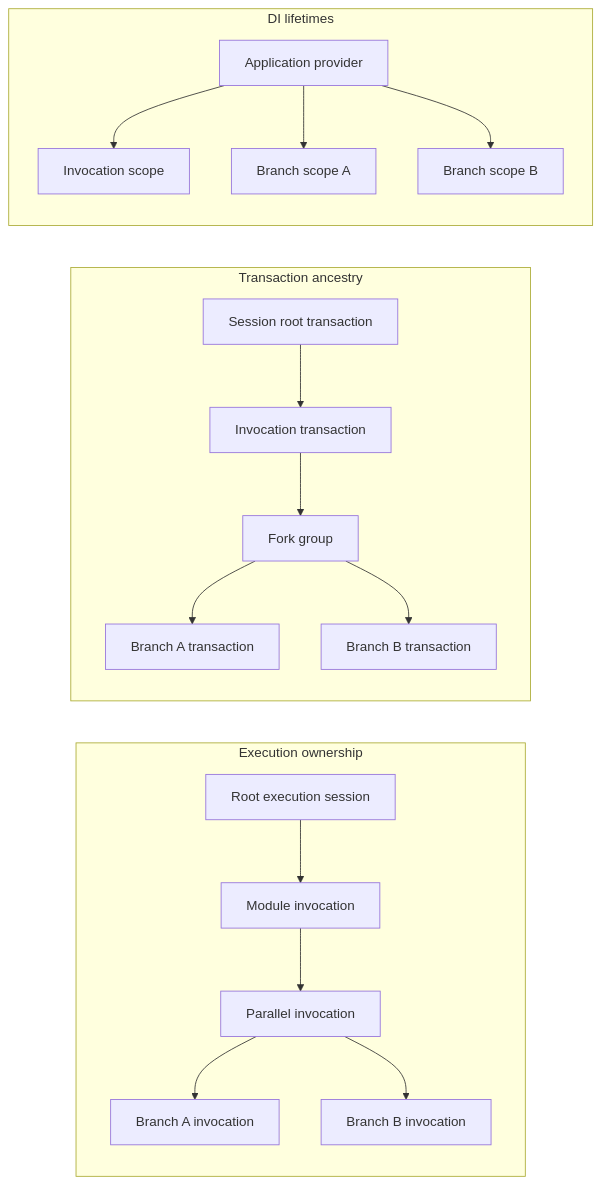
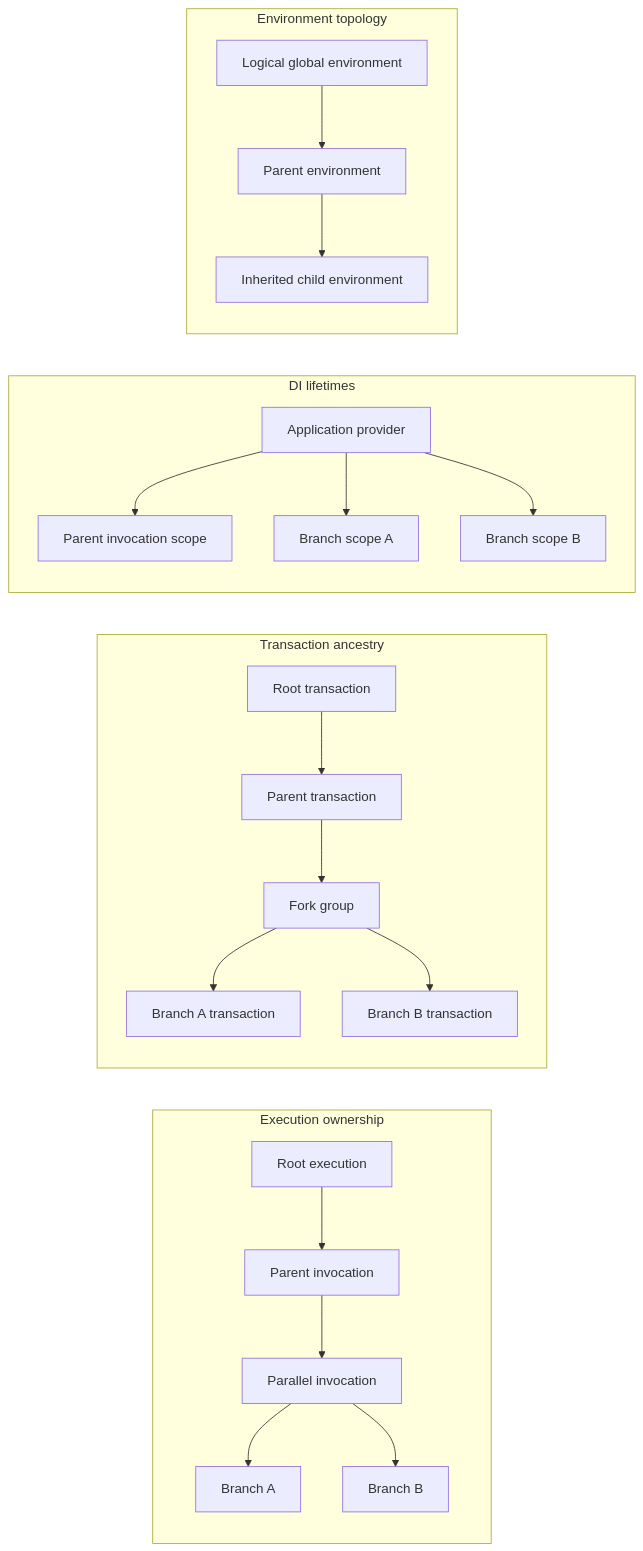
The first of 2 diagrams in docs/architecture/transactions.md (frederik-hoeft/cyborg), drawn with Mermaid before and after one commit. The commit also changed other lines of this file and 12 other files, not shown here.

````diff
--- a/docs/architecture/transactions.md
+++ b/docs/architecture/transactions.md
@@ -28,36 +18,41 @@
 ```mermaid
 flowchart LR
     subgraph Execution[Execution ownership]
-        Session[Root execution session]
-        Invocation[Module invocation]
-        ParallelInvocation[Parallel invocation]
-        BranchA[Branch A invocation]
-        BranchB[Branch B invocation]
-        Session --> Invocation
-        Invocation --> ParallelInvocation
-        ParallelInvocation --> BranchA
-        ParallelInvocation --> BranchB
+        RootExec[Root execution]
+        ParentExec[Parent invocation]
+        ParallelExec[Parallel invocation]
+        BranchA[Branch A]
+        BranchB[Branch B]
+        RootExec --> ParentExec --> ParallelExec
+        ParallelExec --> BranchA
+        ParallelExec --> BranchB
     end
 
     subgraph Transactions[Transaction ancestry]
-        RootTx[Session root transaction]
-        InvocationTx[Invocation transaction]
+        RootTx[Root transaction]
+        ParentTx[Parent transaction]
         Fork[Fork group]
         BranchTxA[Branch A transaction]
         BranchTxB[Branch B transaction]
-        RootTx --> InvocationTx
-        InvocationTx --> Fork
+        RootTx --> ParentTx --> Fork
         Fork --> BranchTxA
         Fork --> BranchTxB
     end
 
-    subgraph Scopes[DI lifetimes]
+    subgraph DI[DI lifetimes]
         Provider[Application provider]
-        ScopeRoot[Invocation scope]
-        ScopeA[Branch scope A]
-        ScopeB[Branch scope B]
-        Provider --> ScopeRoot
-        Provider --> ScopeA
-        Provider --> ScopeB
+        ParentScope[Parent invocation scope]
+        BranchScopeA[Branch scope A]
+        BranchScopeB[Branch scope B]
+        Provider --> ParentScope
+        Provider --> BranchScopeA
+        Provider --> BranchScopeB
+    end
+
+    subgraph Environments[Environment topology]
+        GlobalEnv[Logical global environment]
+        ParentEnv[Parent environment]
+        ChildEnv[Inherited child environment]
+        GlobalEnv --> ParentEnv --> ChildEnv
     end
 ```
````
